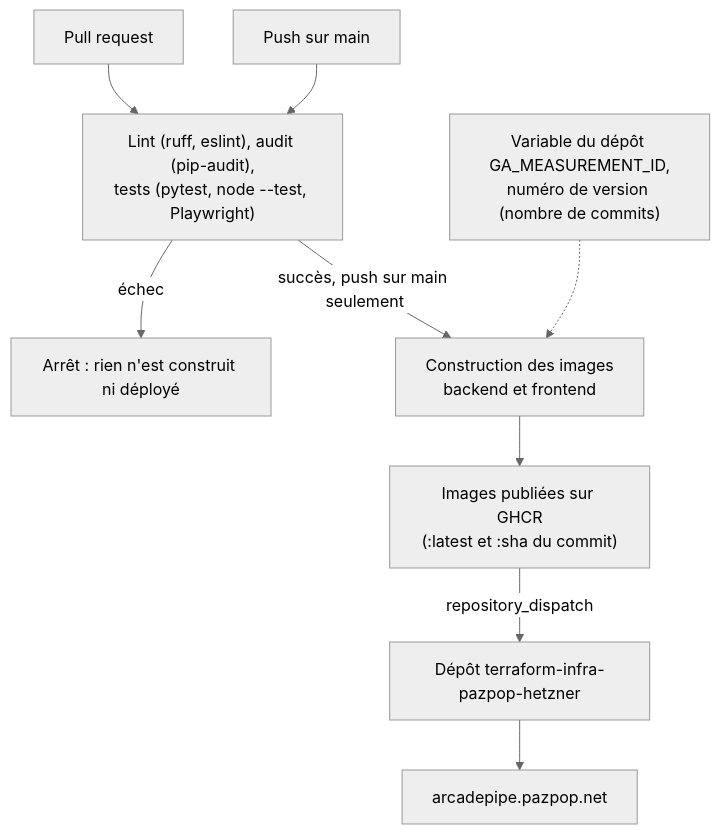
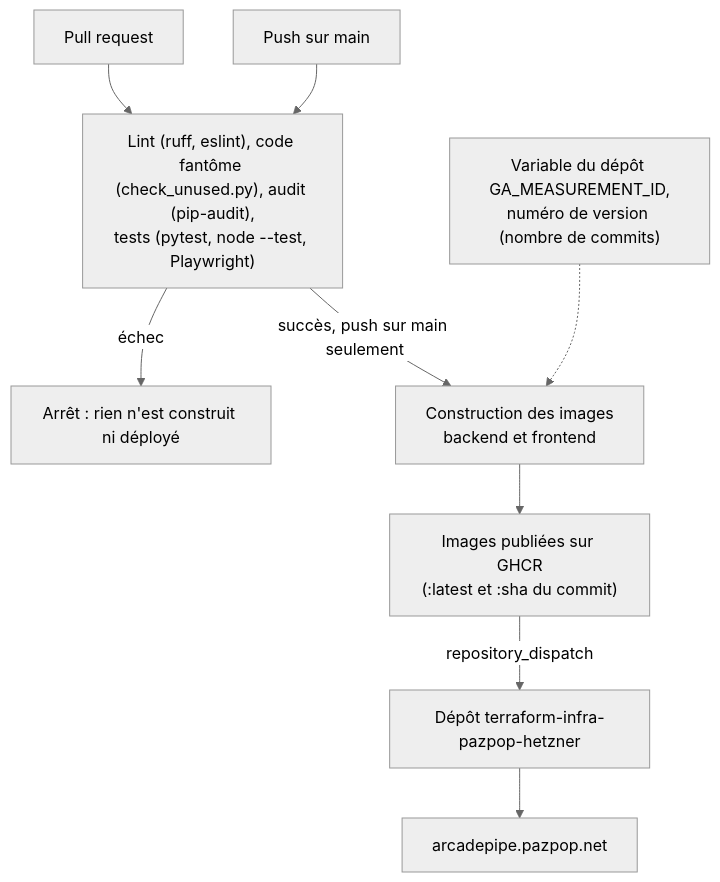
One commit to pazpop/arcadepipe changed the diagram in docs/deploiement.md. Above: the diagram before and after it, drawn with Mermaid (neutral theme). The commit also changed 41 other files, not shown here.

````diff
--- a/docs/deploiement.md
+++ b/docs/deploiement.md
@@ -34,12 +34,12 @@
 ```mermaid
 flowchart TD
     PR["Pull request"] --> checks
     push["Push sur main"] --> checks
-    checks["Lint (ruff, eslint), audit (pip-audit),<br/>tests (pytest, node --test, Playwright)"]
+    checks["Lint (ruff, eslint), code fantôme (check_unused.py), audit (pip-audit),<br/>tests (pytest, node --test, Playwright)"]
     checks -->|échec| stop["Arrêt : rien n'est construit ni déployé"]
     checks -->|"succès, push sur main seulement"| build["Construction des images<br/>backend et frontend"]
     vars["Variable du dépôt GA_MEASUREMENT_ID,<br/>numéro de version (nombre de commits)"] -.-> build
     build --> ghcr["Images publiées sur GHCR<br/>(:latest et :sha du commit)"]
     ghcr -->|repository_dispatch| infra["Dépôt terraform-infra-pazpop-hetzner"]
     infra --> prod["arcadepipe.pazpop.net"]
 ```
````
